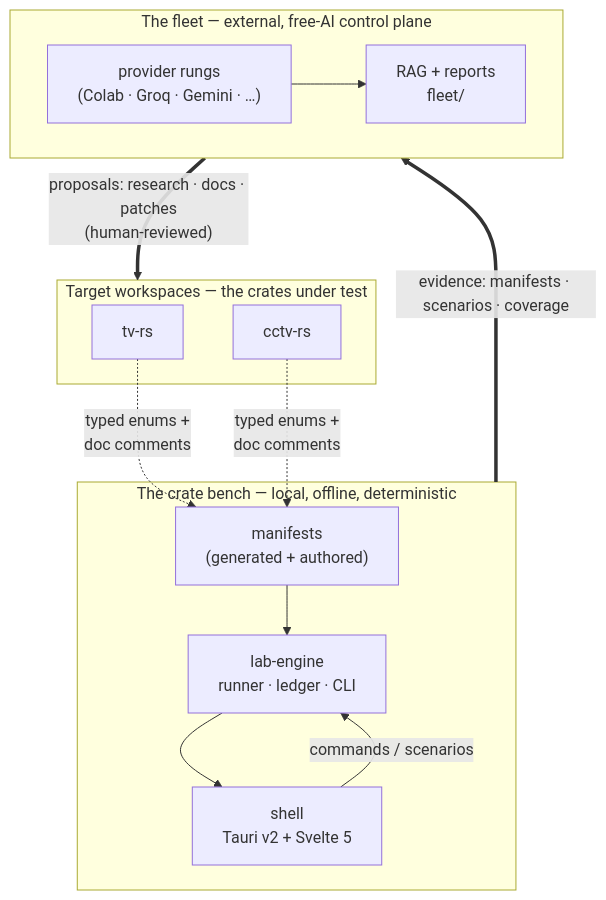
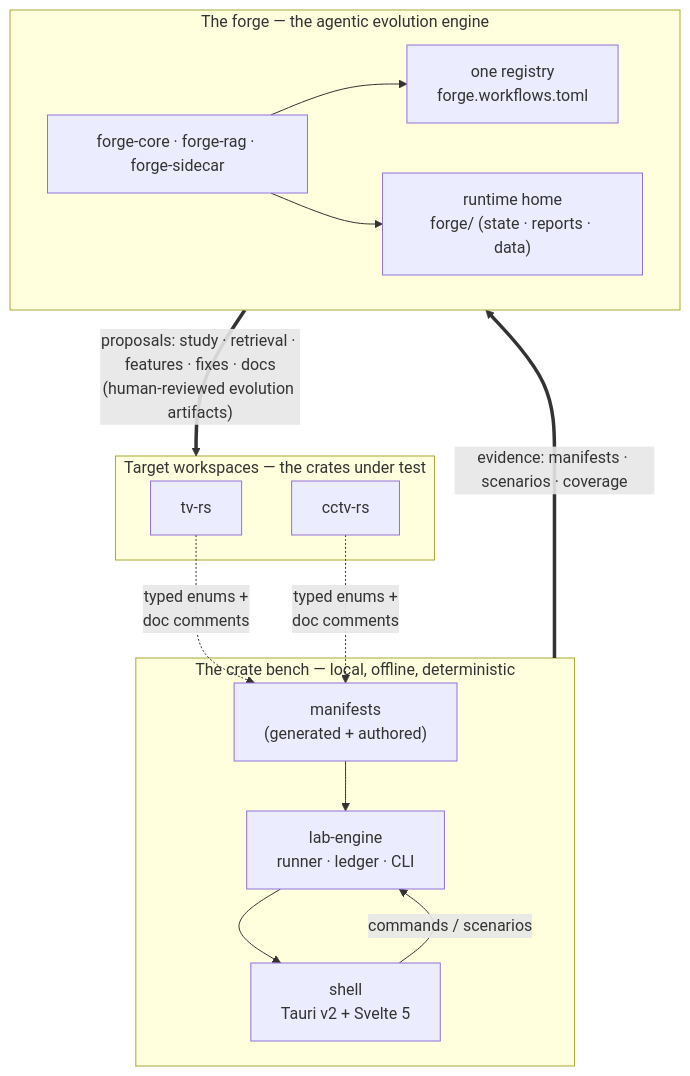
One commit to Zakarialabib/crateslab changed the first of 6 diagrams in docs/01-architecture.md. Above: the diagram before and after it, drawn with Mermaid. The commit also changed other lines of this file and 18 other files, not shown here.

````diff
--- a/docs/01-architecture.md
+++ b/docs/01-architecture.md
@@ -13,27 +13,29 @@
 ```mermaid
 flowchart TB
   subgraph BENCH["The crate bench — local, offline, deterministic"]
     M["manifests\n(generated + authored)"]
     E["lab-engine\nrunner · ledger · CLI"]
     S["shell\nTauri v2 + Svelte 5"]
     M --> E
     E --> S
     S -->|"commands / scenarios"| E
   end
 
   subgraph TARGET["Target workspaces — the crates under test"]
     TV["tv-rs"]
     CC["cctv-rs"]
   end
 
-  subgraph FLEET["The fleet — external, free-AI control plane"]
-    R["provider rungs\n(Colab · Groq · Gemini · …)"]
-    RF["RAG + reports\nfleet/"]
-    R --> RF
+  subgraph FORGE["The forge — the agentic evolution engine"]
+    REG["one registry\nforge.workflows.toml"]
+    CR["forge-core · forge-rag · forge-sidecar"]
+    HOME["runtime home\nforge/ (state · reports · data)"]
+    CR --> REG
+    CR --> HOME
   end
 
   TV -. "typed enums +\ndoc comments" .-> M
   CC -. "typed enums +\ndoc comments" .-> M
-  BENCH == "evidence: manifests · scenarios · coverage" ==> FLEET
-  FLEET == "proposals: research · docs · patches\n(human-reviewed)" ==> TARGET
+  BENCH == "evidence: manifests · scenarios · coverage" ==> FORGE
+  FORGE == "proposals: study · retrieval · features · fixes · docs\n(human-reviewed evolution artifacts)" ==> TARGET
 ```
````
